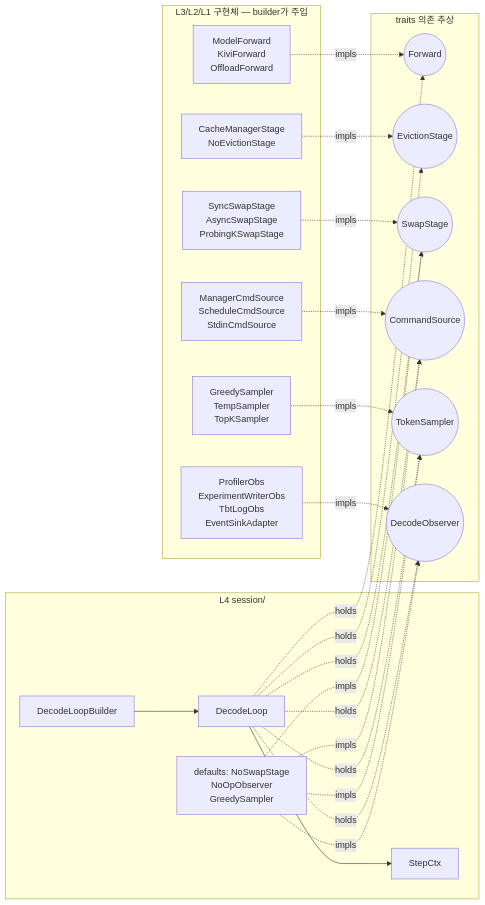
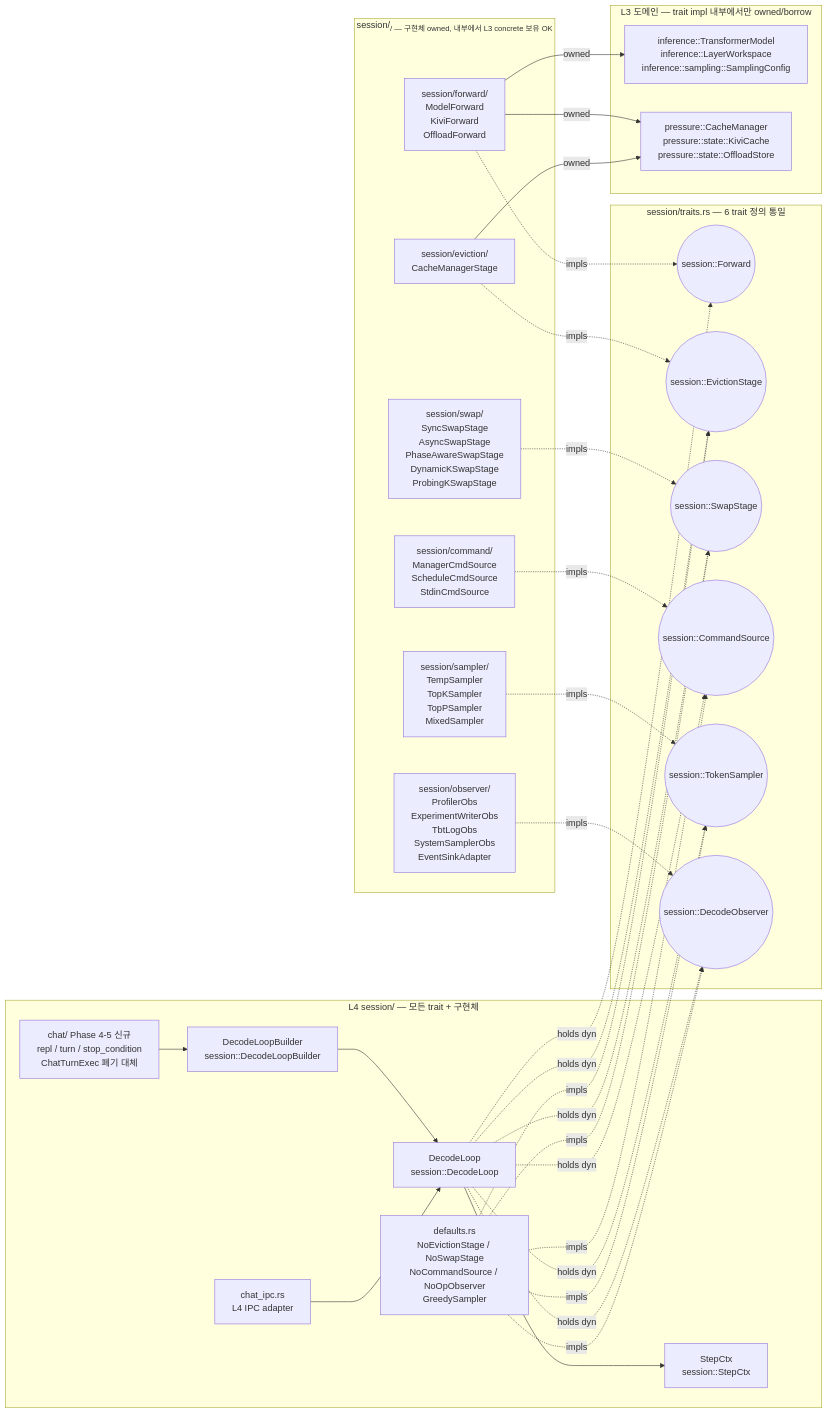
Before and after one commit to hedone21/llm_rs2: the fifth of 6 diagrams in arch/01-architecture.md, drawn with Mermaid. The commit also changed other lines of this file and 3 other files, not shown here.

First line of the commit message:
docs(arch): finalize inference pipeline design — session/ unified + ChatTurnExec deprecation

````diff
--- a/arch/01-architecture.md
+++ b/arch/01-architecture.md
@@ -436,44 +451,56 @@
 ```mermaid
 flowchart LR
-    subgraph L4 [L4 session/]
-        BLD[DecodeLoopBuilder]
-        DL[DecodeLoop]
-        SCTX[StepCtx]
-        DEF[defaults: NoSwapStage<br/>NoOpObserver<br/>GreedySampler]
+    subgraph L4 [L4 session/ — 모든 trait + 구현체]
+        BLD[DecodeLoopBuilder<br/>session::DecodeLoopBuilder]
+        DL[DecodeLoop<br/>session::DecodeLoop]
+        SCTX[StepCtx<br/>session::StepCtx]
+        DEF[defaults.rs<br/>NoEvictionStage / NoSwapStage<br/>NoCommandSource / NoOpObserver<br/>GreedySampler]
+        CHAT[chat/ Phase 4-5 신규<br/>repl / turn / stop_condition<br/>ChatTurnExec 폐기 대체]
+        IPC[chat_ipc.rs<br/>L4 IPC adapter]
     end
-    subgraph TR [traits 의존 추상]
-        TF((Forward))
-        TE((EvictionStage))
-        TS((SwapStage))
-        TC((CommandSource))
-        TT((TokenSampler))
-        TO((DecodeObserver))
+    subgraph TR [session/traits.rs — 6 trait 정의 통일]
+        TF((session::Forward))
+        TE((session::EvictionStage))
+        TS((session::SwapStage))
+        TC((session::CommandSource))
+        TT((session::TokenSampler))
+        TO((session::DecodeObserver))
     end
-    subgraph IMPL [L3/L2/L1 구현체 — builder가 주입]
-        MF[ModelForward<br/>KiviForward<br/>OffloadForward]
-        EV[CacheManagerStage<br/>NoEvictionStage]
-        SW[SyncSwapStage<br/>AsyncSwapStage<br/>ProbingKSwapStage]
-        CS[ManagerCmdSource<br/>ScheduleCmdSource<br/>StdinCmdSource]
-        SM[GreedySampler<br/>TempSampler<br/>TopKSampler]
-        OB[ProfilerObs<br/>ExperimentWriterObs<br/>TbtLogObs<br/>EventSinkAdapter]
+    subgraph IMPL [session/<sub>/ — 구현체 owned, 내부에서 L3 concrete 보유 OK]
+        MF[session/forward/<br/>ModelForward<br/>KiviForward<br/>OffloadForward]
+        EV[session/eviction/<br/>CacheManagerStage]
+        SW[session/swap/<br/>SyncSwapStage<br/>AsyncSwapStage<br/>PhaseAwareSwapStage<br/>DynamicKSwapStage<br/>ProbingKSwapStage]
+        CS[session/command/<br/>ManagerCmdSource<br/>ScheduleCmdSource<br/>StdinCmdSource]
+        SM[session/sampler/<br/>TempSampler<br/>TopKSampler<br/>TopPSampler<br/>MixedSampler]
+        OB[session/observer/<br/>ProfilerObs<br/>ExperimentWriterObs<br/>TbtLogObs<br/>SystemSamplerObs<br/>EventSinkAdapter]
+    end
+    subgraph DOM [L3 도메인 — trait impl 내부에서만 owned/borrow]
+        L3I[inference::TransformerModel<br/>inference::LayerWorkspace<br/>inference::sampling::SamplingConfig]
+        L3P[pressure::CacheManager<br/>pressure::state::KiviCache<br/>pressure::state::OffloadStore]
     end
 
     BLD --> DL
-    DL -. holds .-> TF
-    DL -. holds .-> TE
-    DL -. holds .-> TS
-    DL -. holds .-> TC
-    DL -. holds .-> TT
-    DL -. holds .-> TO
+    DL -. holds dyn .-> TF
+    DL -. holds dyn .-> TE
+    DL -. holds dyn .-> TS
+    DL -. holds dyn .-> TC
+    DL -. holds dyn .-> TT
+    DL -. holds dyn .-> TO
     DL --> SCTX
+    DEF -. impls .-> TE
     DEF -. impls .-> TS
-    DEF -. impls .-> TO
     DEF -. impls .-> TC
     DEF -. impls .-> TT
+    DEF -. impls .-> TO
     MF -. impls .-> TF
     EV -. impls .-> TE
     SW -. impls .-> TS
     CS -. impls .-> TC
     SM -. impls .-> TT
     OB -. impls .-> TO
+    MF -- owned --> L3I
+    MF -- owned --> L3P
+    EV -- owned --> L3P
+    CHAT --> BLD
+    IPC --> DL
 ```
````
